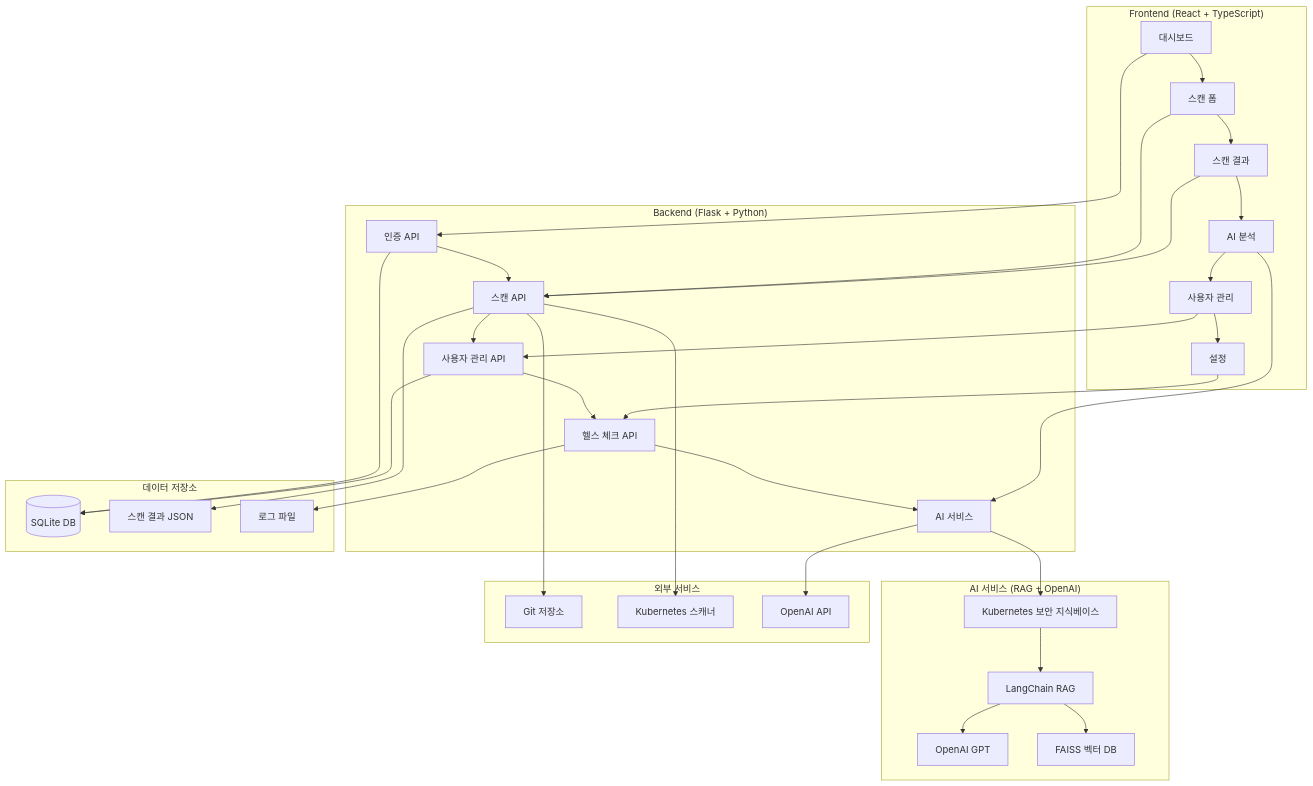
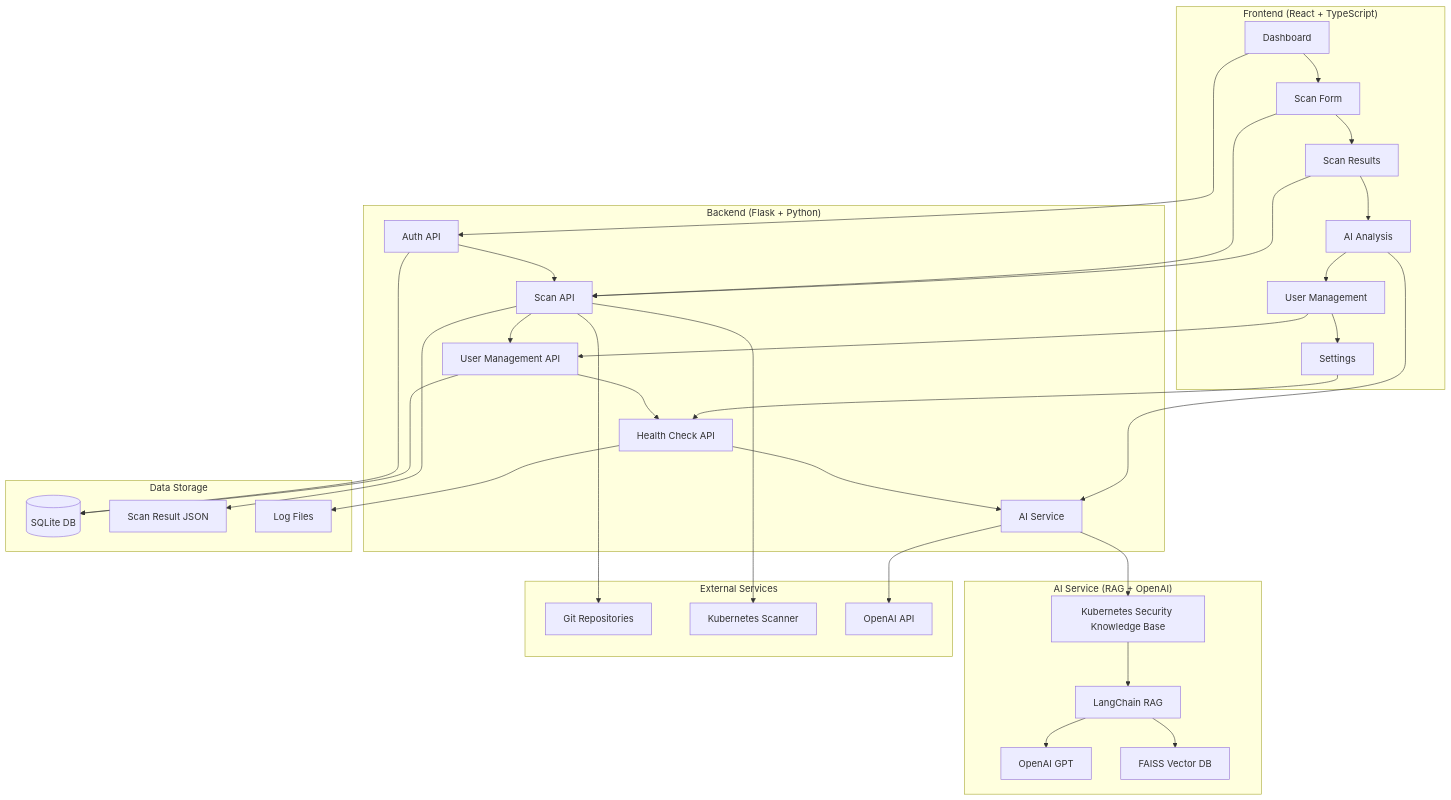
One commit to kigma00/kubee-web changed the diagram in README.md. Above: the diagram before and after it, drawn with Mermaid. The commit also changed other lines of this file and 2 other files, not shown here.

````diff
--- a/README.md
+++ b/README.md
@@ -95,57 +97,57 @@
 ```mermaid
 graph TB
     subgraph "Frontend (React + TypeScript)"
-        A[대시보드] --> B[스캔 폼]
-        B --> C[스캔 결과]
-        C --> D[AI 분석]
-        D --> E[사용자 관리]
-        E --> F[설정]
+        A[Dashboard] --> B[Scan Form]
+        B --> C[Scan Results]
+        C --> D[AI Analysis]
+        D --> E[User Management]
+        E --> F[Settings]
     end
     
     subgraph "Backend (Flask + Python)"
-        H[인증 API] --> I[스캔 API]
-        I --> J[사용자 관리 API]
-        J --> K[헬스 체크 API]
-        K --> L[AI 서비스]
+        H[Auth API] --> I[Scan API]
+        I --> J[User Management API]
+        J --> K[Health Check API]
+        K --> L[AI Service]
     end
     
-    subgraph "AI 서비스 (RAG + OpenAI)"
-        M[Kubernetes 보안 지식베이스]
+    subgraph "AI Service (RAG + OpenAI)"
+        M[Kubernetes Security Knowledge Base]
         N[LangChain RAG]
         O[OpenAI GPT]
-        P[FAISS 벡터 DB]
+        P[FAISS Vector DB]
     end
     
-    subgraph "데이터 저장소"
+    subgraph "Data Storage"
         Q[(SQLite DB)]
-        R[스캔 결과 JSON]
-        S[로그 파일]
+        R[Scan Result JSON]
+        S[Log Files]
     end
     
-    subgraph "외부 서비스"
-        T[Git 저장소]
-        U[Kubernetes 스캐너]
+    subgraph "External Services"
+        T[Git Repositories]
+        U[Kubernetes Scanner]
         V[OpenAI API]
     end
     
     A --> H
     B --> I
     C --> I
     D --> L
     E --> J
     F --> K
     
     H --> Q
     I --> R
     J --> Q
     K --> S
     L --> M
     
     I --> T
     I --> U
     L --> V
     
     M --> N
     N --> O
     N --> P
 ```
````
